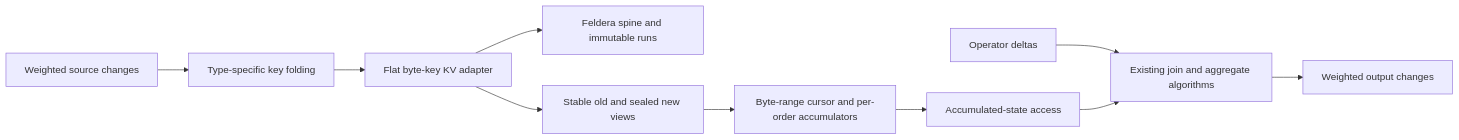
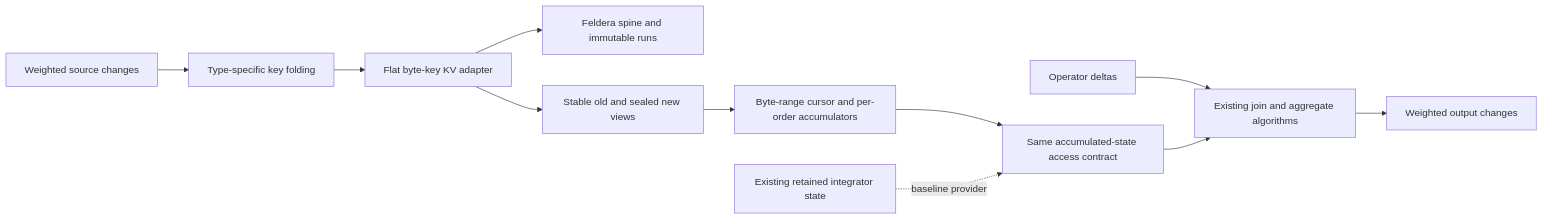
One commit to alicia-lyu/feldera changed the first of 2 diagrams in docs/design/merged-index/README.md. Above: the diagram before and after it, drawn with Mermaid. The commit also changed other lines of this file and 2 other files, not shown here.

````diff
--- a/docs/design/merged-index/README.md
+++ b/docs/design/merged-index/README.md
@@ -62,12 +65,13 @@
 ```mermaid
 flowchart LR
     D[Weighted source changes] --> E[Type-specific key folding]
     E --> S[Flat byte-key KV adapter]
     S --> M[Feldera spine and immutable runs]
     S --> V[Stable old and sealed new views]
     V --> R[Byte-range cursor and per-order accumulators]
-    R --> A[Accumulated-state access]
+    R --> A[Same accumulated-state access contract]
+    T[Existing retained integrator state] -. baseline provider .-> A
     X[Operator deltas] --> O[Existing join and aggregate algorithms]
     A --> O
     O --> Y[Weighted output changes]
 ```
````
